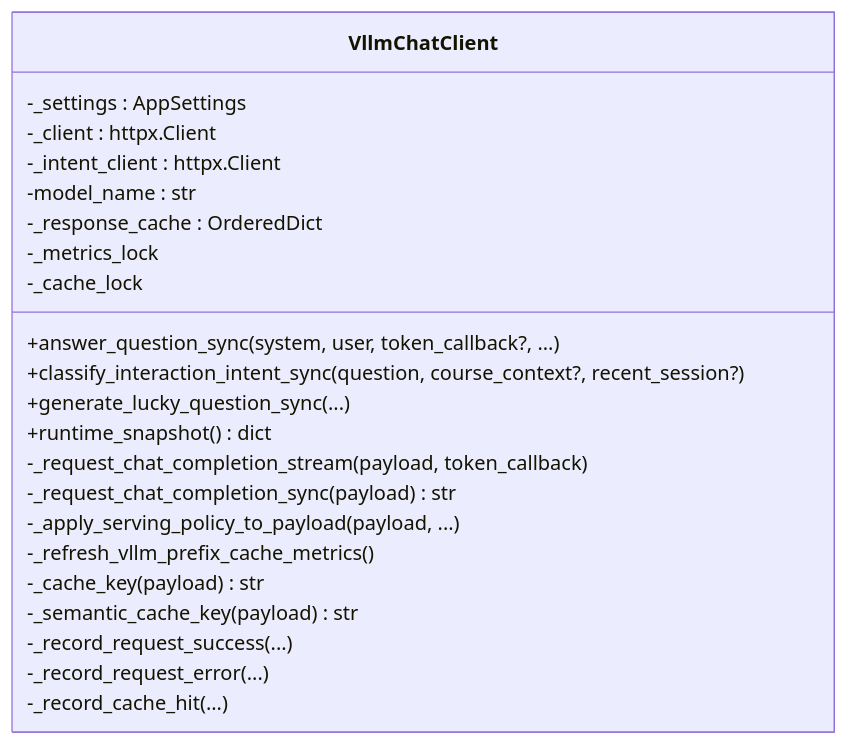
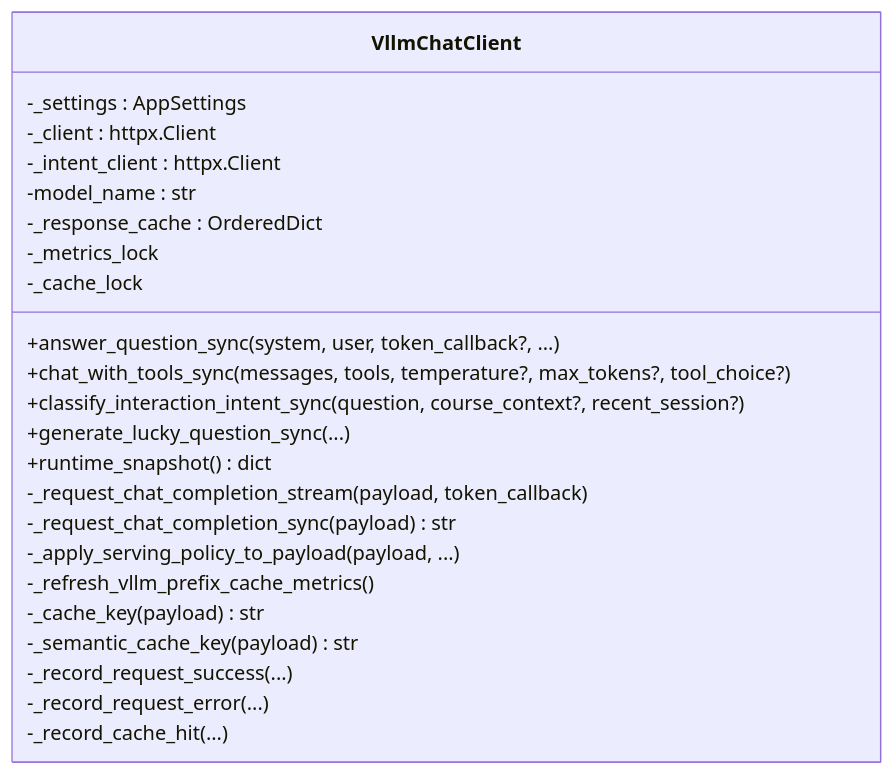
One commit to intellistream/sage-mate changed the third of 10 diagrams in .qoder/repowiki/en/content/Integration and Extensions/LLM Client Architecture.md. Above: the diagram before and after it, drawn with Mermaid. The commit also changed other lines of this file and 136 other files, not shown here.

First line of the commit message:
chore: source updates, bidirectional link graph, data and repowiki refresh

````diff
--- a/.qoder/repowiki/en/content/Integration and Extensions/LLM Client Architecture.md
+++ b/.qoder/repowiki/en/content/Integration and Extensions/LLM Client Architecture.md
@@ -154,25 +179,26 @@
 ```mermaid
 classDiagram
 class VllmChatClient {
 -_settings : AppSettings
 -_client : httpx.Client
 -_intent_client : httpx.Client
 -model_name : str
 -_response_cache : OrderedDict
 -_metrics_lock
 -_cache_lock
 +answer_question_sync(system, user, token_callback?, ...)
++chat_with_tools_sync(messages, tools, temperature?, max_tokens?, tool_choice?)
 +classify_interaction_intent_sync(question, course_context?, recent_session?)
 +generate_lucky_question_sync(...)
 +runtime_snapshot() dict
 -_request_chat_completion_stream(payload, token_callback)
 -_request_chat_completion_sync(payload) str
 -_apply_serving_policy_to_payload(payload, ...)
 -_refresh_vllm_prefix_cache_metrics()
 -_cache_key(payload) str
 -_semantic_cache_key(payload) str
 -_record_request_success(...)
 -_record_request_error(...)
 -_record_cache_hit(...)
 }
 ```
````
